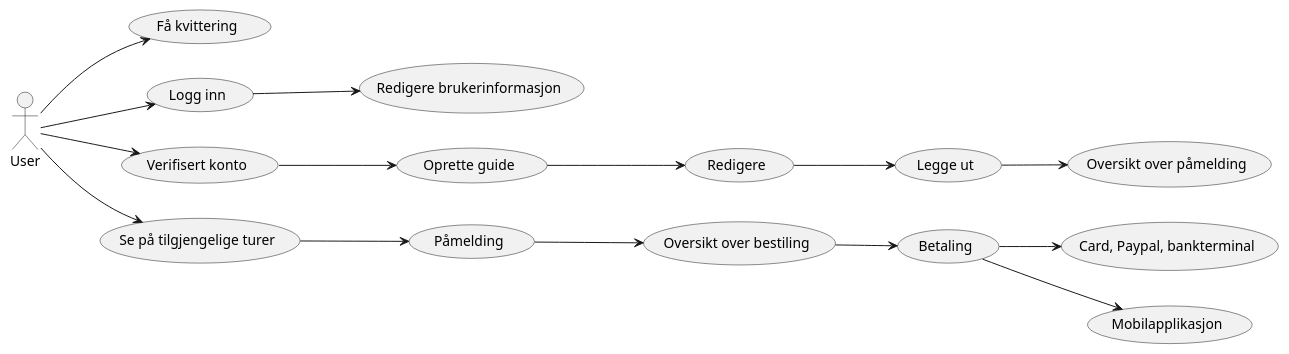
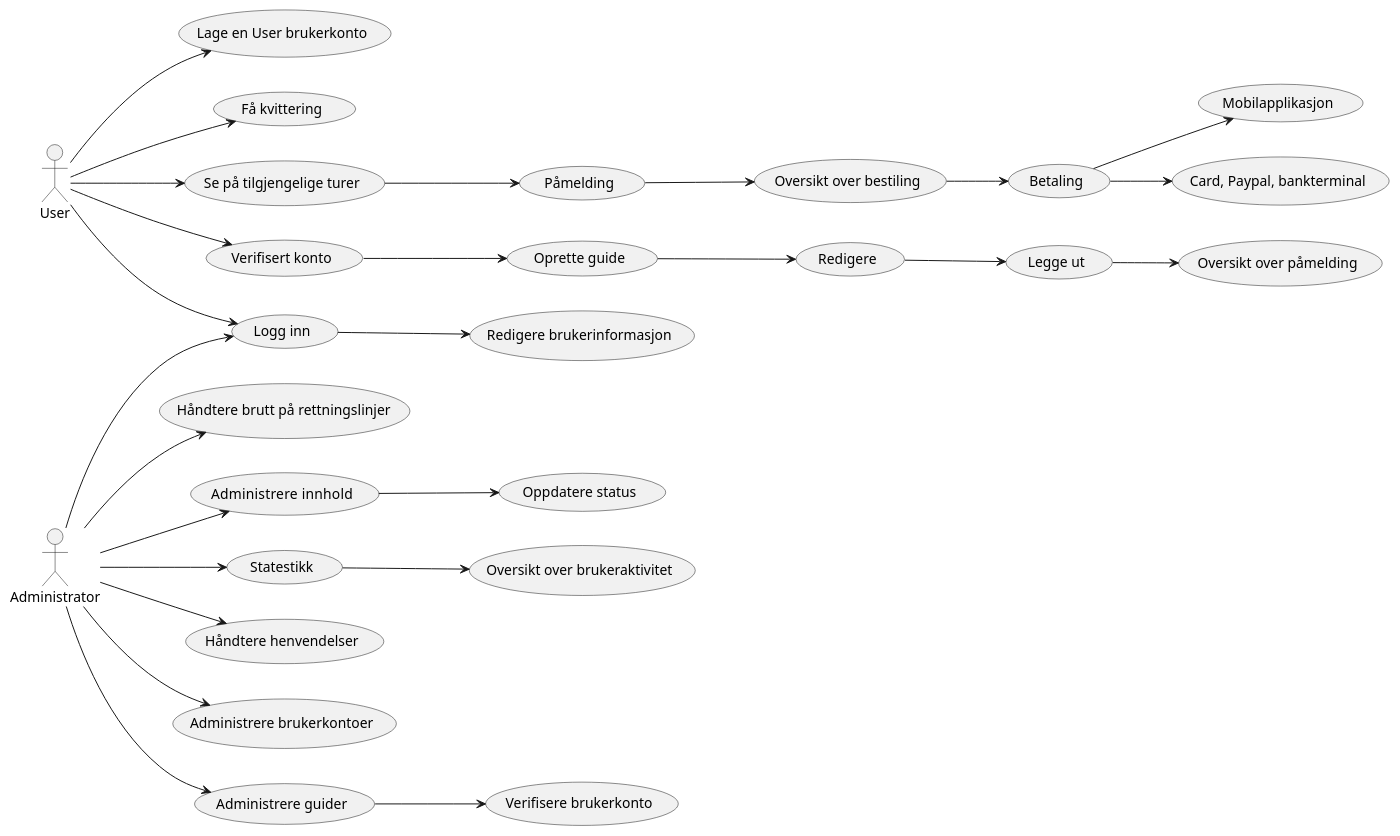
The diagram in use-case_diagram.puml (khadijo/Group18.YourGuide.Prototype), drawn with PlantUML before and after one commit.

Commit message:
The Final Use Case Diagram, That includes Admin

```diff
--- a/use-case_diagram.puml
+++ b/use-case_diagram.puml
@@ -1,19 +1,36 @@
 @startuml
 left to right direction
 :User: as User
+:Administrator: as Admin
+Admin --> (Logg inn)
+User --> (Logg inn)
+Admin --> (Administrere guider)
+(Administrere guider) --> (Verifisere brukerkonto)
+Admin --> (Håndtere brutt på rettningslinjer)
+Admin --> (Administrere  innhold)
+(Administrere  innhold) --> (Oppdatere status)
+
+
+
+Admin --> (Statestikk)
+(Statestikk) --> (Oversikt over brukeraktivitet)
+
+Admin --> (Håndtere henvendelser)
+User --> (Verifisert konto)
+
+Admin --> (Administrere brukerkontoer)
+User --> (Lage en User brukerkonto)
 User --> (Få kvittering)
-User --> (Logg inn)
 (Logg inn) --> (Redigere brukerinformasjon)
-User --> (Verifisert konto)
 (Verifisert konto) --> (Oprette guide)
 (Oprette guide) --> (Redigere)
 (Redigere) --> (Legge ut)
 (Legge ut) --> (Oversikt over påmelding)
 User --> (Se på tilgjengelige turer)
 (Se på tilgjengelige turer) --> (Påmelding)
 (Påmelding) --> (Oversikt over bestiling)
 (Oversikt over bestiling) --> (Betaling)
 (Betaling) --> (Card, Paypal, bankterminal)
 (Betaling) --> (Mobilapplikasjon)
 
 @enduml
```
